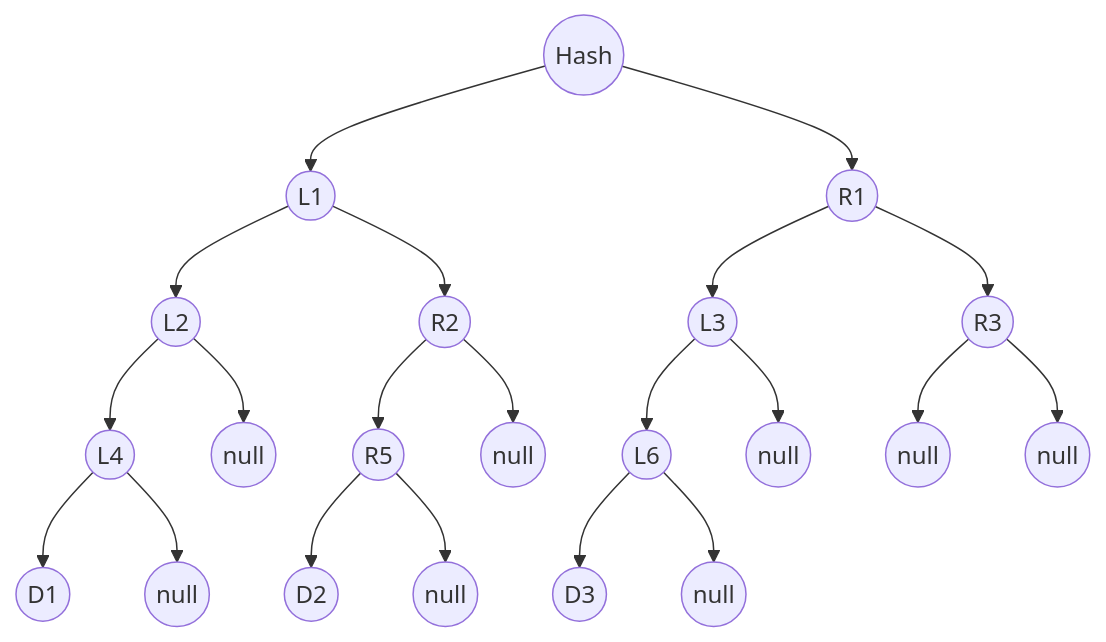
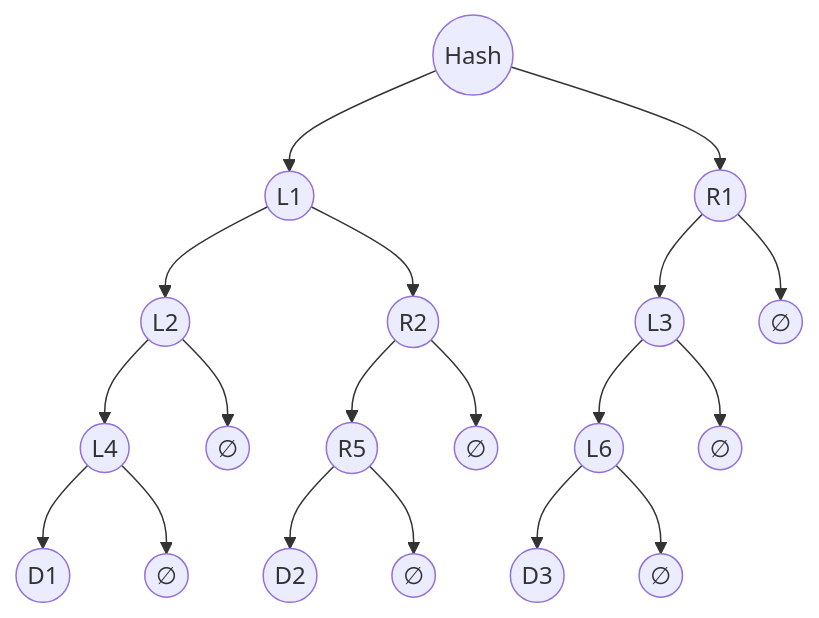
The fifth of 8 diagrams in README.md (mugraph-payments/mugraph), drawn with Mermaid before and after one commit. The commit also changed other lines of this file, not shown here.

````diff
--- a/README.md
+++ b/README.md
@@ -241,32 +239,29 @@
 ```mermaid
 graph TB
     Root((Hash)) --> L1((L1))
     Root((Hash)) --> R1((R1))
     
     L1((L1)) --> L2((L2))
     L1((L1)) --> R2((R2))
     
     R1((R1)) --> L3((L3))
-    R1((R1)) --> R3((R3))
+    R1((R1)) --> R3((∅))
     
     L2((L2)) --> L4((L4))
-    L2((L2)) --> R4((null))
+    L2((L2)) --> R4((∅))
     
     R2((R2)) --> R5((R5))
-    R2((R2)) --> L5((null))
+    R2((R2)) --> L5((∅))
     
     L3((L3)) --> L6((L6))
-    L3((L3)) --> R6((null))
-    
-    R3((R3)) --> L7((null))
-    R3((R3)) --> R7((null))
+    L3((L3)) --> R6((∅))
     
     L4((L4)) --> D2((D1))
-    L4((L4)) --> D1((null))
+    L4((L4)) --> D1((∅))
     
     R5((R5)) --> D3((D2))
-    R5((R5)) --> D4((null))
+    R5((R5)) --> D4((∅))
     
     L6((L6)) --> D6((D3))
-    L6((L6)) --> D5((null))
+    L6((L6)) --> D5((∅))
 ```
````
